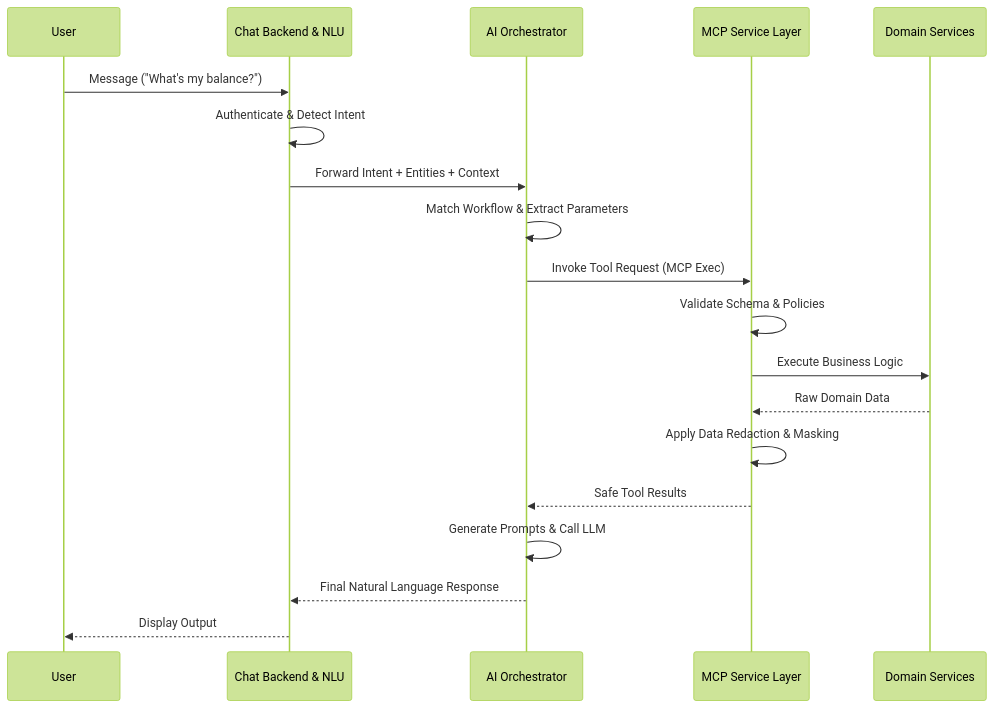
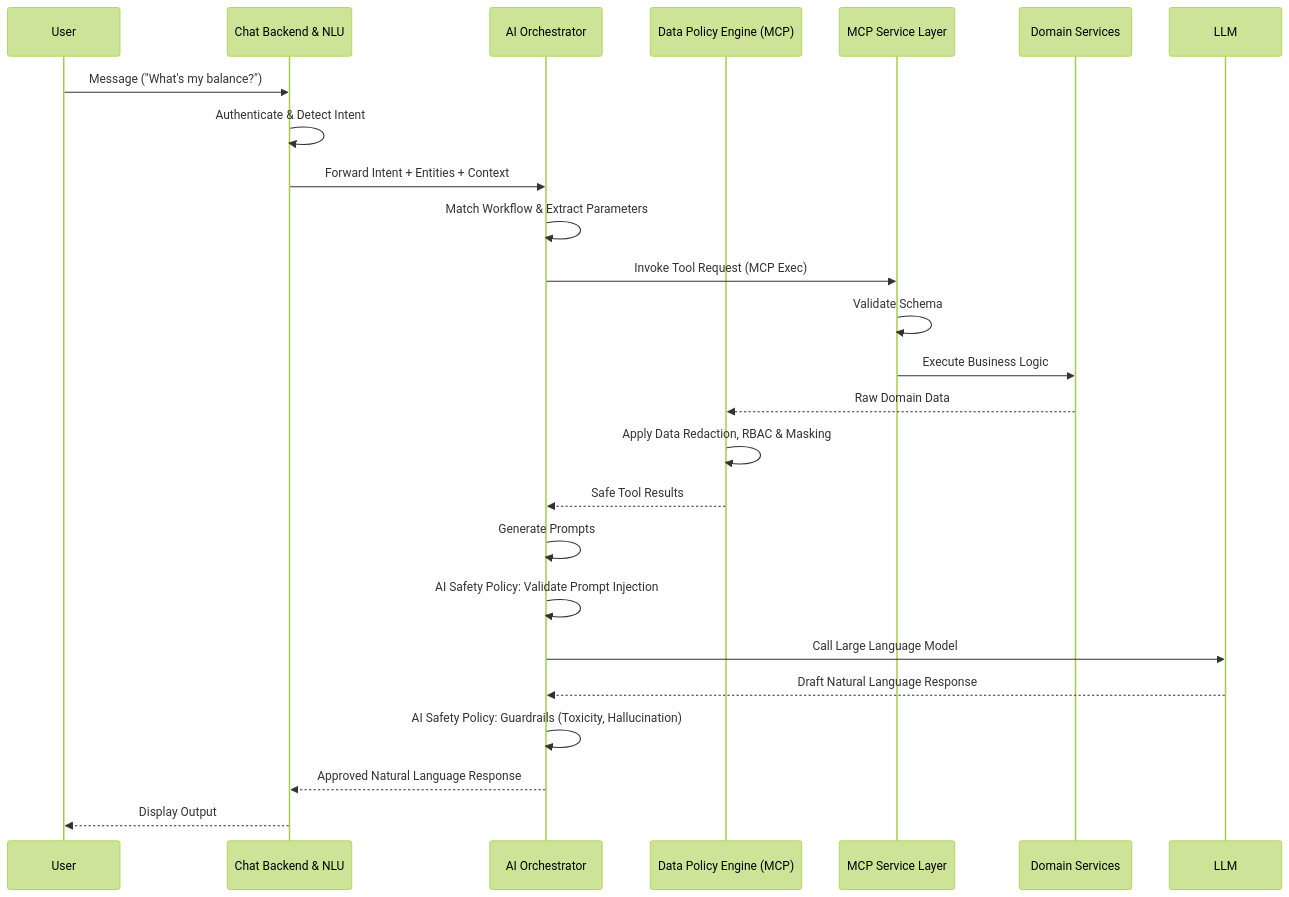
The second of 3 diagrams in docs/archive/white+paper_banking_chat.md (kishorekota-dev/map_demo), drawn with Mermaid (forest theme) before and after one commit. The commit also changed other lines of this file, not shown here.

````diff
--- a/docs/archive/white+paper_banking_chat.md
+++ b/docs/archive/white+paper_banking_chat.md
@@ -148,22 +148,27 @@
 ```mermaid
 sequenceDiagram
     participant User
     participant ChatBackend as Chat Backend & NLU
     participant Orchestrator as AI Orchestrator
+    participant MCPPly as Data Policy Engine (MCP)
     participant MCP as MCP Service Layer
     participant Domain as Domain Services
     
     User->>ChatBackend: Message ("What's my balance?")
     ChatBackend->>ChatBackend: Authenticate & Detect Intent
     ChatBackend->>Orchestrator: Forward Intent + Entities + Context
     Orchestrator->>Orchestrator: Match Workflow & Extract Parameters
     Orchestrator->>MCP: Invoke Tool Request (MCP Exec)
-    MCP->>MCP: Validate Schema & Policies
+    MCP->>MCP: Validate Schema
     MCP->>Domain: Execute Business Logic
-    Domain-->>MCP: Raw Domain Data
-    MCP->>MCP: Apply Data Redaction & Masking
-    MCP-->>Orchestrator: Safe Tool Results
-    Orchestrator->>Orchestrator: Generate Prompts & Call LLM
-    Orchestrator-->>ChatBackend: Final Natural Language Response
+    Domain-->>MCPPly: Raw Domain Data
+    MCPPly->>MCPPly: Apply Data Redaction, RBAC & Masking
+    MCPPly-->>Orchestrator: Safe Tool Results
+    Orchestrator->>Orchestrator: Generate Prompts
+    Orchestrator->>Orchestrator: AI Safety Policy: Validate Prompt Injection
+    Orchestrator->>LLM: Call Large Language Model
+    LLM-->>Orchestrator: Draft Natural Language Response
+    Orchestrator->>Orchestrator: AI Safety Policy: Guardrails (Toxicity, Hallucination)
+    Orchestrator-->>ChatBackend: Approved Natural Language Response
     ChatBackend-->>User: Display Output
 ```
````
